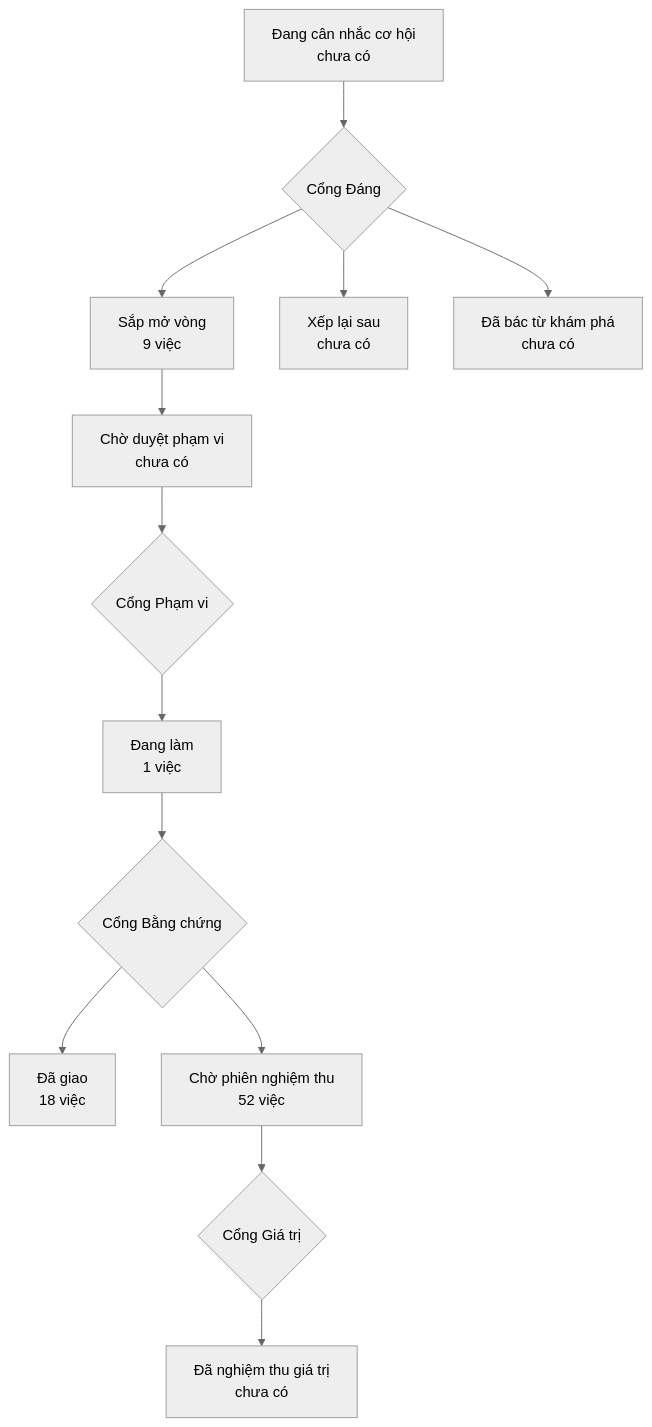
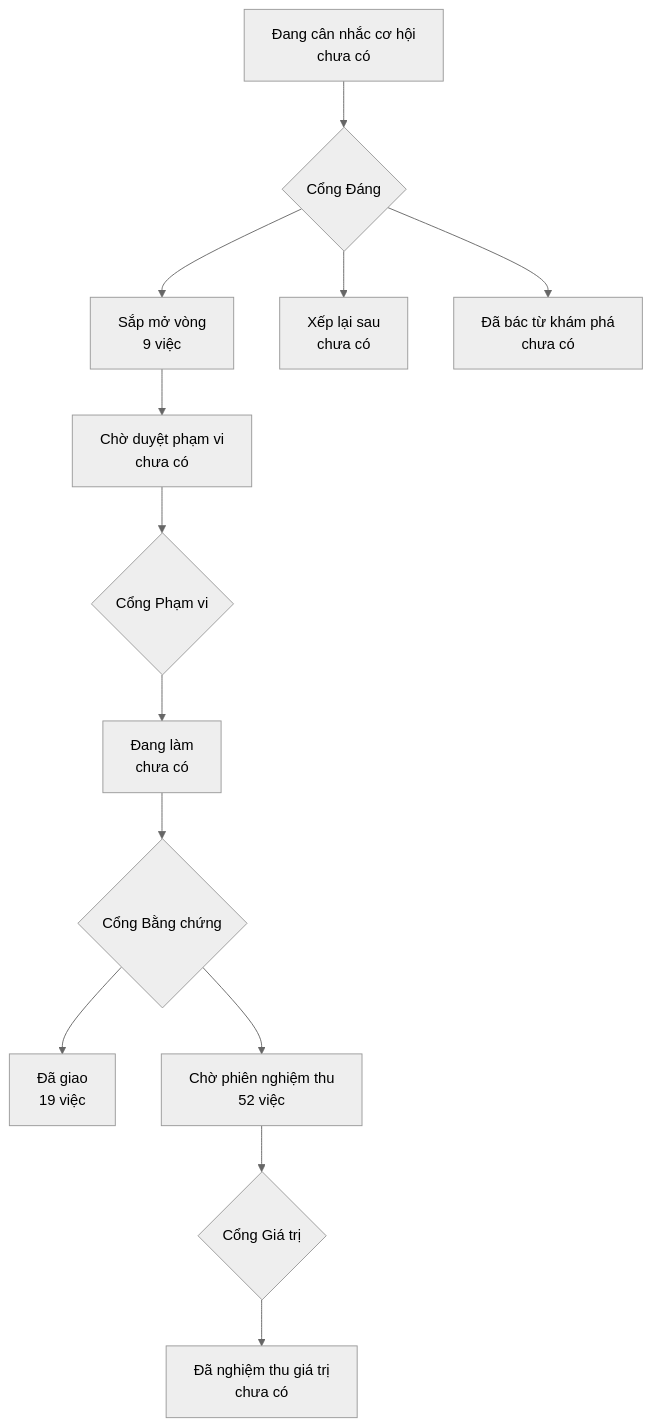
The diagram in PRODUCT-MAP.md (phanlemanh/onehub-inventory), drawn with Mermaid (neutral theme) before and after one commit. The commit also changed other lines of this file and 4 other files, not shown here.

````diff
--- a/PRODUCT-MAP.md
+++ b/PRODUCT-MAP.md
@@ -7,12 +7,12 @@
 ```mermaid
 flowchart TD
   A["Đang cân nhắc cơ hội<br/>chưa có"] --> GD{"Cổng Đáng"}
   GD --> B["Sắp mở vòng<br/>9 việc"]
   GD --> XL["Xếp lại sau<br/>chưa có"]
   GD --> DB["Đã bác từ khám phá<br/>chưa có"]
   B --> CD["Chờ duyệt phạm vi<br/>chưa có"] --> GP{"Cổng Phạm vi"}
-  GP --> DL["Đang làm<br/>1 việc"] --> GB{"Cổng Bằng chứng"}
-  GB --> DG["Đã giao<br/>18 việc"]
+  GP --> DL["Đang làm<br/>chưa có"] --> GB{"Cổng Bằng chứng"}
+  GB --> DG["Đã giao<br/>19 việc"]
   GB --> CN["Chờ phiên nghiệm thu<br/>52 việc"] --> GG{"Cổng Giá trị"}
   GG --> NT["Đã nghiệm thu giá trị<br/>chưa có"]
 ```
````
